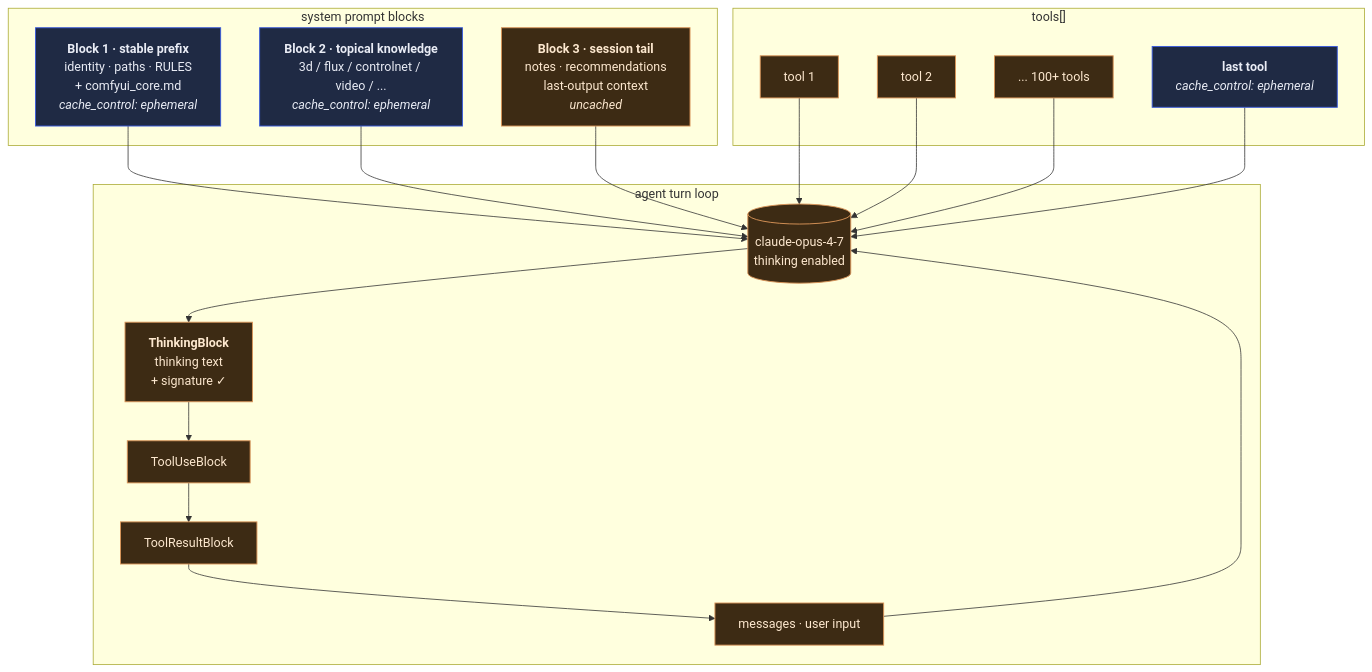
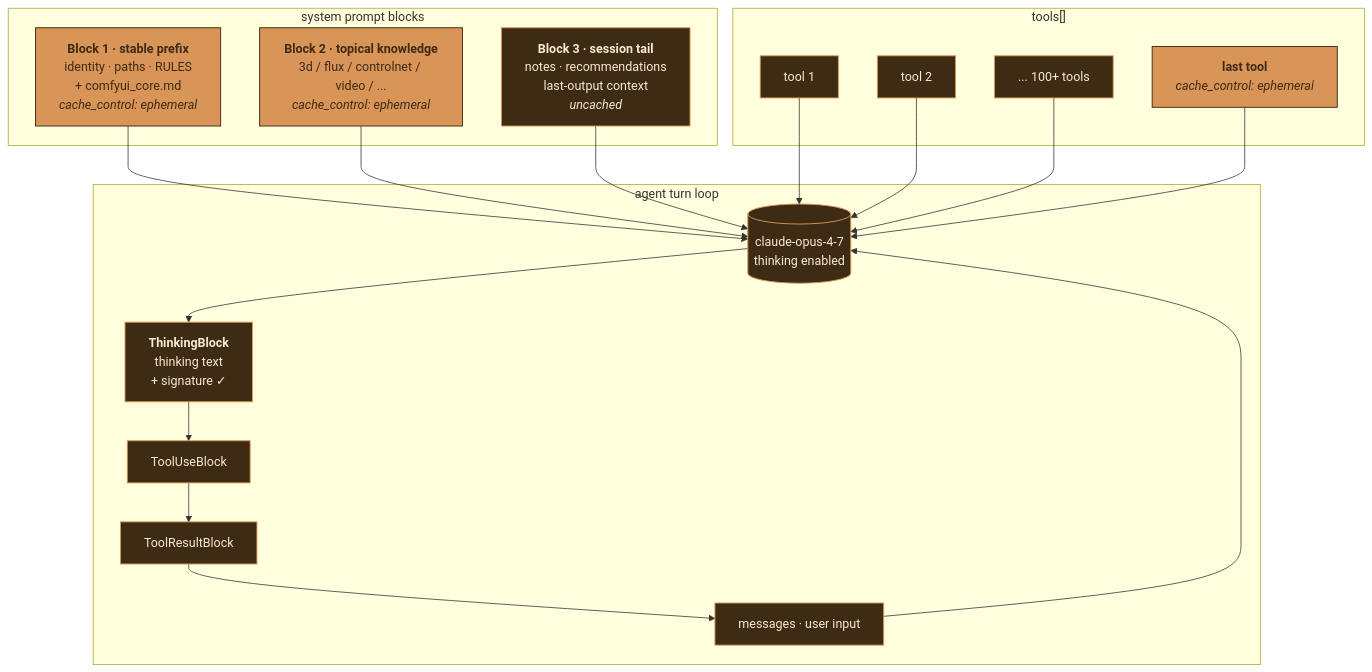
The fifth of 25 diagrams in README.md (JosephOIbrahim/Comfy-Cozy), drawn with Mermaid before and after one commit. The commit also changed other lines of this file, not shown here.

First line of the commit message:
[DOCS] Unify mermaid palette across 25 diagrams (warm amber/brown)

````diff
--- a/README.md
+++ b/README.md
@@ -331,39 +331,39 @@
 ```mermaid
 flowchart TB
-    classDef stable   fill:#1f2a44,stroke:#3b5bdb,color:#e9ecf5,stroke-width:1.2px
+    classDef stable   fill:#d99458,stroke:#3d2b14,color:#3d2b14,stroke-width:1.2px
     classDef volatile fill:#3d2b14,stroke:#d99458,color:#fde8cf,stroke-width:1.2px
 
     subgraph SYS[" system prompt blocks "]
         b1["<b>Block 1 · stable prefix</b><br/>identity · paths · RULES<br/>+ comfyui_core.md<br/><i>cache_control: ephemeral</i>"]
         b2["<b>Block 2 · topical knowledge</b><br/>3d / flux / controlnet / video / ...<br/><i>cache_control: ephemeral</i>"]
         b3["<b>Block 3 · session tail</b><br/>notes · recommendations<br/>last-output context<br/><i>uncached</i>"]
     end
 
     subgraph TOOLS[" tools[] "]
         t1[tool 1]
         t2[tool 2]
         tN[... 100+ tools]
         tL["<b>last tool</b><br/><i>cache_control: ephemeral</i>"]
     end
 
     subgraph LOOP[" agent turn loop "]
         m1[messages · user input]
         think["<b>ThinkingBlock</b><br/>thinking text<br/>+ signature ✓"]
         tu[ToolUseBlock]
         tr[ToolResultBlock]
         api[(claude-opus-4-7<br/>thinking enabled)]
     end
 
     b1 --> api
     b2 --> api
     b3 --> api
     t1 --> api
     t2 --> api
     tN --> api
     tL --> api
     m1 --> api
     api --> think --> tu --> tr --> m1
 
     class b1,b2,tL stable
     class b3,t1,t2,tN,m1,think,tu,tr,api volatile
 ```
````
